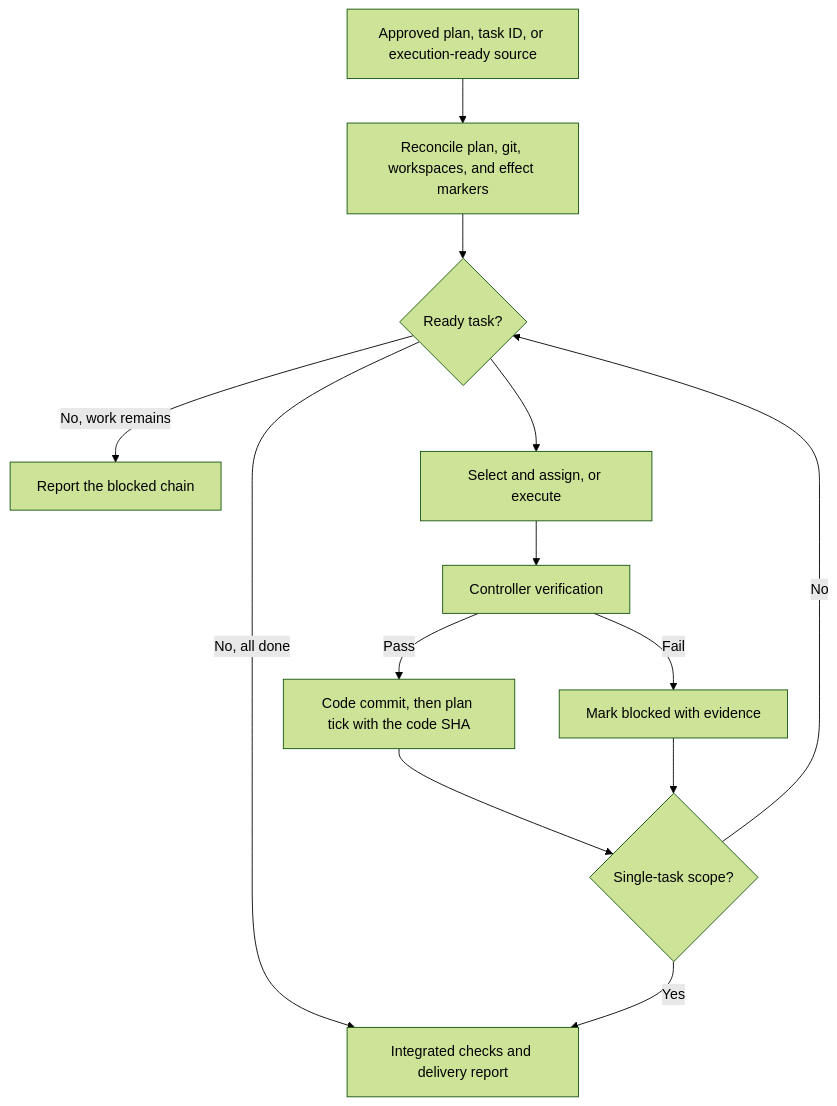
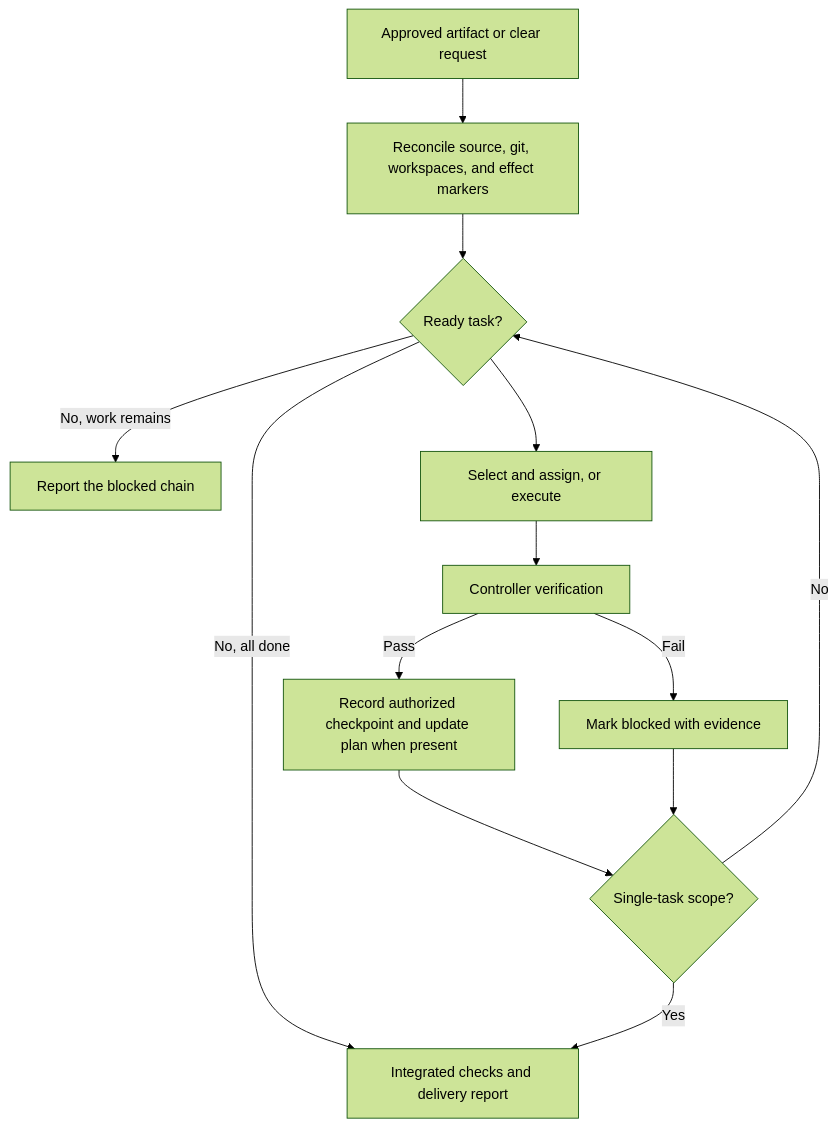
One commit to carlosboeing/agentic-toolkit changed the diagram in skills/start-implementation/README.md. Above: the diagram before and after it, drawn with Mermaid (forest theme). The commit also changed other lines of this file and 17 other files, not shown here.

````diff
--- a/skills/start-implementation/README.md
+++ b/skills/start-implementation/README.md
@@ -13,15 +13,15 @@
 ```mermaid
 flowchart TB
-    Source["Approved plan, task ID, or execution-ready source"] --> Reconcile["Reconcile plan, git, workspaces, and effect markers"]
+    Source["Approved artifact or clear request"] --> Reconcile["Reconcile source, git, workspaces, and effect markers"]
     Reconcile --> Ready{"Ready task?"}
     Ready -->|"No, work remains"| Blocked["Report the blocked chain"]
     Ready -->|"No, all done"| Report["Integrated checks and delivery report"]
     Ready --> Yes["Select and assign, or execute"]
     Yes --> Verify["Controller verification"]
-    Verify -->|"Pass"| Progress["Code commit, then plan tick with the code SHA"]
+    Verify -->|"Pass"| Progress["Record authorized checkpoint and update plan when present"]
     Verify -->|"Fail"| Block["Mark blocked with evidence"]
     Progress --> Scope{"Single-task scope?"}
     Block --> Scope
     Scope -->|"Yes"| Report
     Scope -->|"No"| Ready
 ```
````
